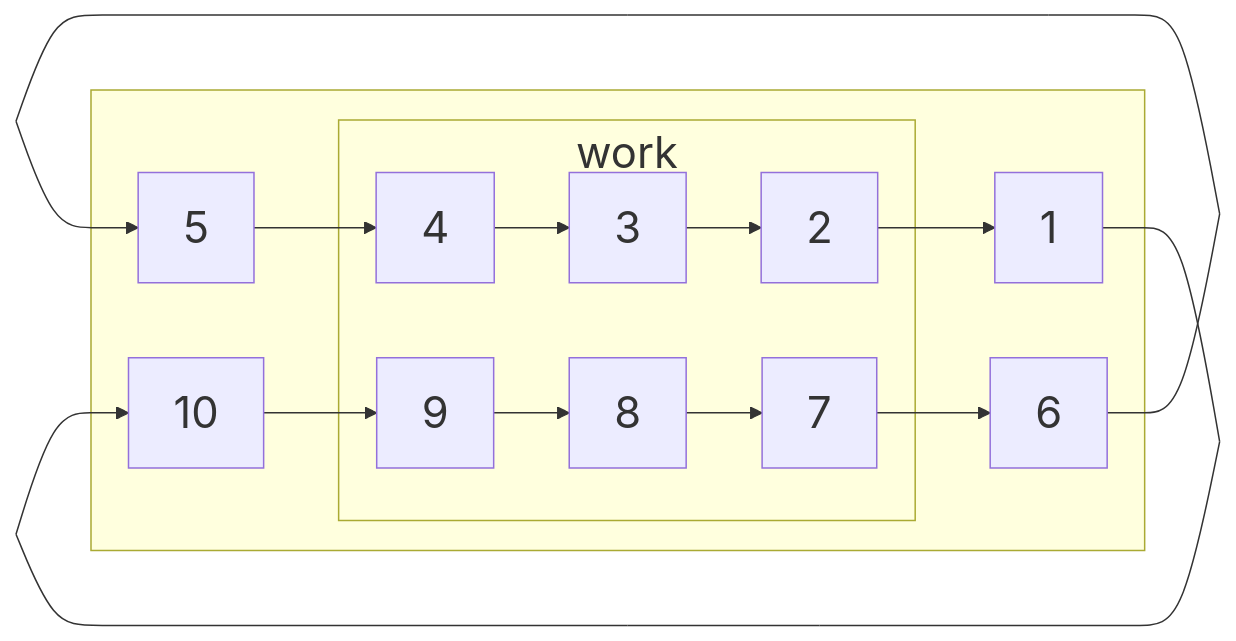
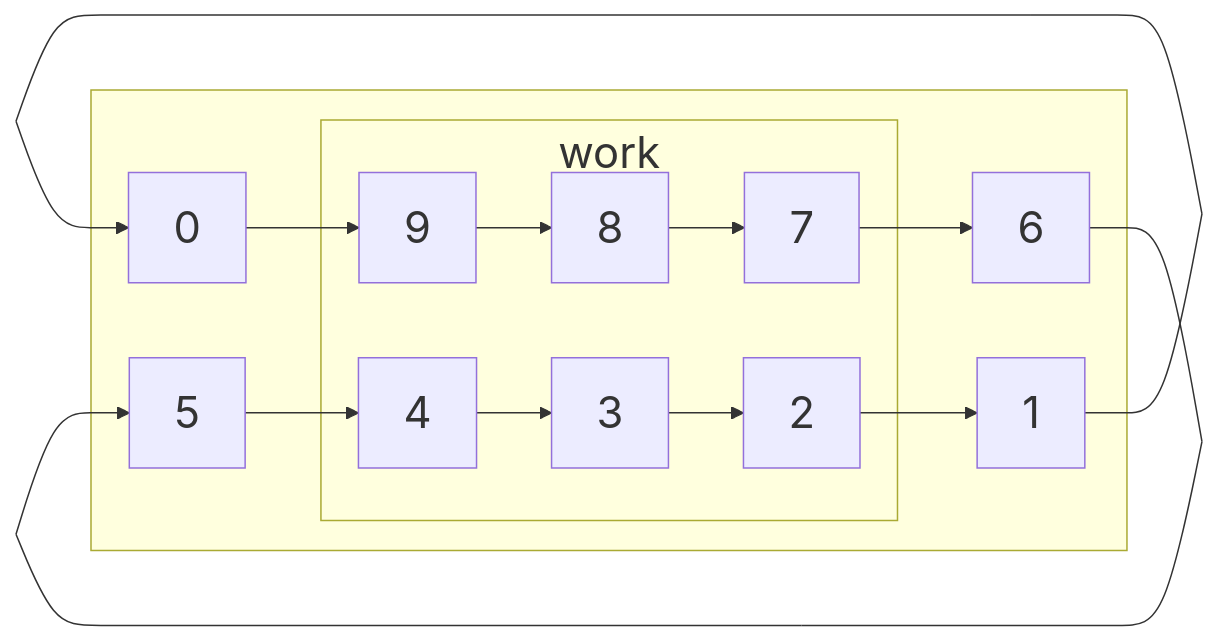
Before and after one commit to maptv/maptv.github.io: the seventh of 8 diagrams in dec/date/index.qmd, drawn with Mermaid. The commit also changed other lines of this file and 6 other files, not shown here.

Commit message:
Changed files: asset/dark.scss asset/light.scss asset/style.css dec/date/_calplots.qmd dec/date/_index.qmd dec/date/index.qmd git/index_files/figure-commonmark/mermaid-figure-2.png

````diff
--- a/dec/date/index.qmd
+++ b/dec/date/index.qmd
@@ -283,29 +337,28 @@
 ```{mermaid}
 %%{init: {'theme': 'default', 'themeVariables': { 'fontSize': '29px'}}}%%
 flowchart LR
   B~~~M[ ]:::empty----N[ ]:::empty
   W---M
   N---O[ ]:::empty
   Q[ ]:::empty---L
-  W[ ]:::empty-->A[5]-->B[4]-->C[3]-->D[2]-->E[1]---L[ ]:::empty
-  Y[ ]:::empty-->F[10]-->G[9]-->H[8]-->I[7]-->J[6]---O[ ]:::empty
+  W[ ]:::empty-->A[0]-->B[9]-->C[8]-->D[7]-->E[6]---L[ ]:::empty
+  Y[ ]:::empty-->F[5]-->G[4]-->H[3]-->I[2]-->J[1]---O[ ]:::empty
   B~~~P[ ]:::empty---Q
   Y---P
   subgraph workdays[work]
   B
   C
   G
   H
   D
   I
   end
   subgraph restdays[ ]
   A
   F
   E
   J
   workdays
   end
   classDef empty width:0px;
-  class A,B,C,D,E,F,G,H,I,J overline;
 ```
````
